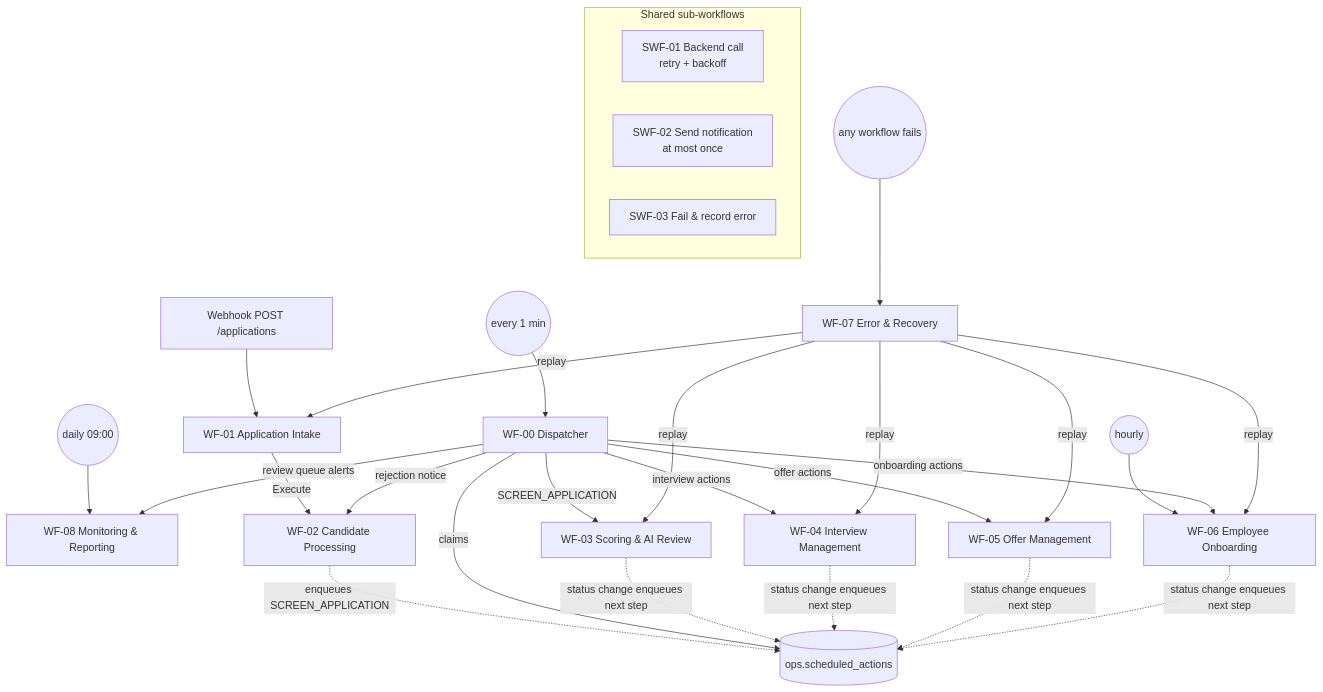
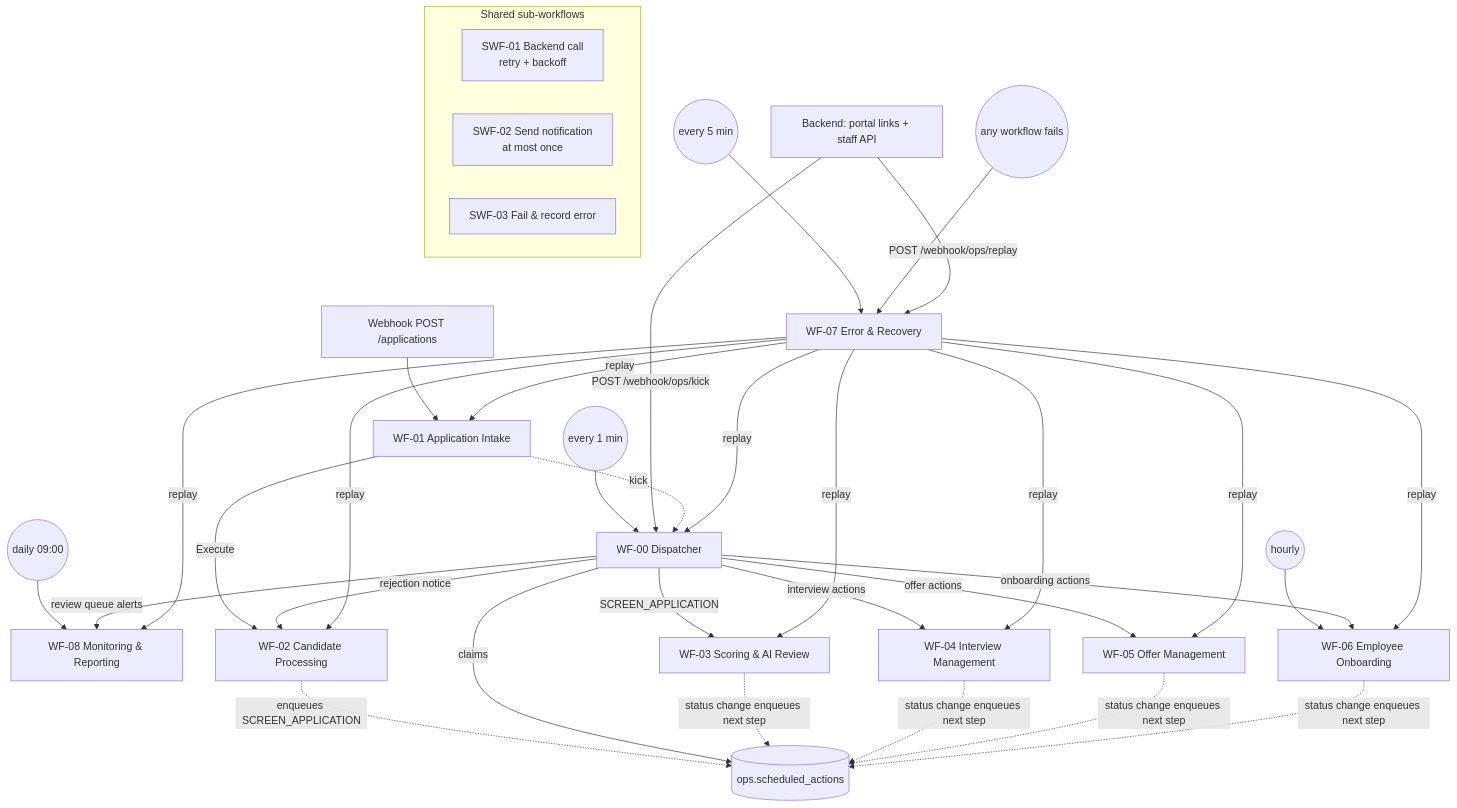
Before and after one commit to hassankhursheed/novatech-hiring-automation: the diagram in docs/workflows.md, drawn with Mermaid. The commit also changed other lines of this file and 9 other files, not shown here.

````diff
--- a/docs/workflows.md
+++ b/docs/workflows.md
@@ -6,26 +6,30 @@
 ```mermaid
 flowchart TB
     WH[Webhook POST /applications] --> WF01
     SCH1((every 1 min)) --> WF00
     SCH2((daily 09:00)) --> WF08
     SCH3((hourly)) --> WF06
+    SCH4((every 5 min)) --> WF07
     ERR((any workflow fails)) --> WF07
+    BE[Backend: portal links + staff API] -->|POST /webhook/ops/kick| WF00
+    BE -->|POST /webhook/ops/replay| WF07
 
     WF01[WF-01 Application Intake] -->|Execute| WF02[WF-02 Candidate Processing]
+    WF01 -. kick .-> WF00
     WF02 -. enqueues SCREEN_APPLICATION .-> Q[(ops.scheduled_actions)]
     WF00[WF-00 Dispatcher] -->|claims| Q
     WF00 -->|SCREEN_APPLICATION| WF03[WF-03 Scoring & AI Review]
     WF00 -->|interview actions| WF04[WF-04 Interview Management]
     WF00 -->|offer actions| WF05[WF-05 Offer Management]
     WF00 -->|onboarding actions| WF06[WF-06 Employee Onboarding]
     WF00 -->|rejection notice| WF02
     WF00 -->|review queue alerts| WF08[WF-08 Monitoring & Reporting]
     WF03 & WF04 & WF05 & WF06 -. status change enqueues next step .-> Q
-    WF07[WF-07 Error & Recovery] -->|replay| WF01 & WF03 & WF04 & WF05 & WF06
+    WF07[WF-07 Error & Recovery] -->|replay| WF00 & WF01 & WF02 & WF03 & WF04 & WF05 & WF06 & WF08
 
     subgraph Shared sub-workflows
         SWF01[SWF-01 Backend call<br/>retry + backoff]
         SWF02[SWF-02 Send notification<br/>at most once]
         SWF03[SWF-03 Fail & record error]
     end
 ```
````
